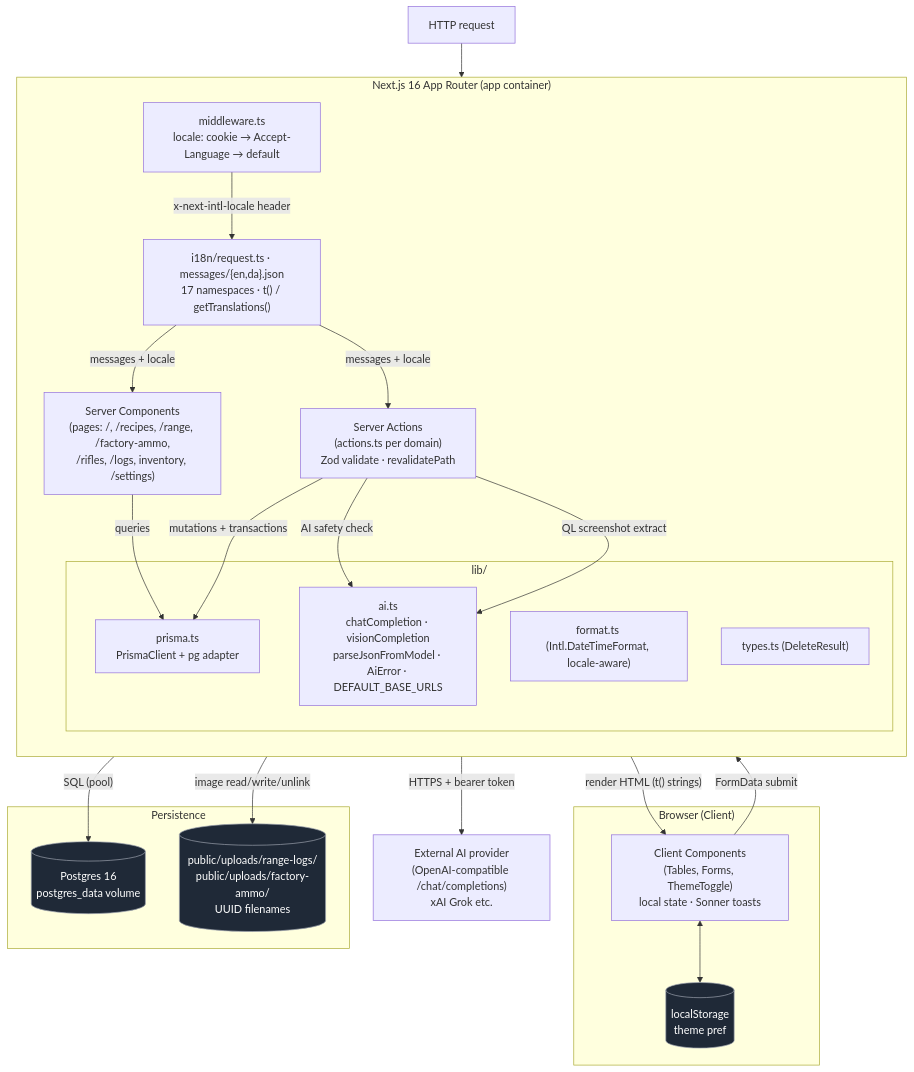
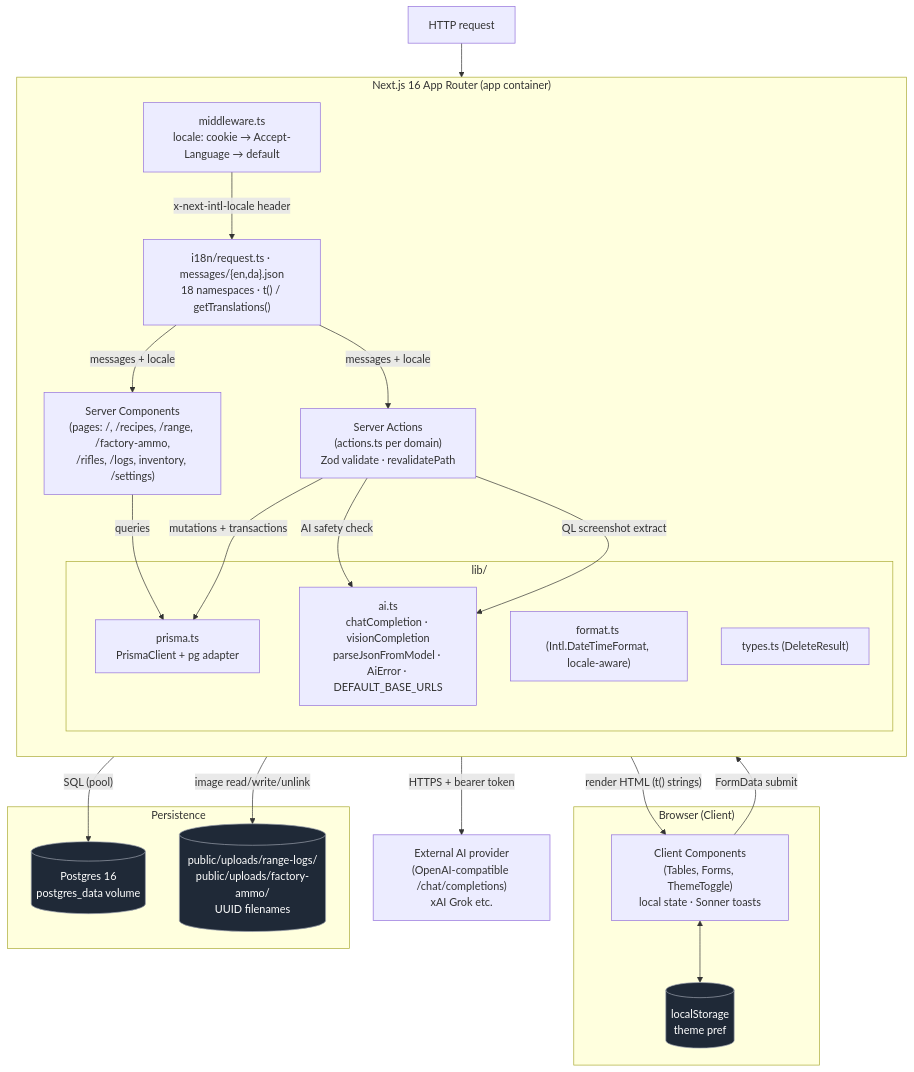
Before and after one commit to KennethEgholm/reloading: the first of 4 diagrams in docs/architecture.md, drawn with Mermaid. The commit also changed other lines of this file and 25 other files, not shown here.

````diff
--- a/docs/architecture.md
+++ b/docs/architecture.md
@@ -7,47 +7,47 @@
 ```mermaid
 graph TB
     subgraph Browser["Browser (Client)"]
         UI["Client Components<br/>(Tables, Forms, ThemeToggle)<br/>local state · Sonner toasts"]
         LS[("localStorage<br/>theme pref")]
     end
 
     subgraph Next["Next.js 16 App Router (app container)"]
         direction TB
         MW["middleware.ts<br/>locale: cookie → Accept-Language → default"]
-        I18N["i18n/request.ts · messages/{en,da}.json<br/>17 namespaces · t() / getTranslations()"]
+         I18N["i18n/request.ts · messages/{en,da}.json<br/>18 namespaces · t() / getTranslations()"]
         SC["Server Components<br/>(pages: /, /recipes, /range, /factory-ammo,<br/>/rifles, /logs, inventory, /settings)"]
         SA["Server Actions<br/>(actions.ts per domain)<br/>Zod validate · revalidatePath"]
 
         subgraph Lib["lib/"]
             PRISMA["prisma.ts<br/>PrismaClient + pg adapter"]
             AI["ai.ts<br/>chatCompletion · visionCompletion<br/>parseJsonFromModel · AiError · DEFAULT_BASE_URLS"]
             FMT["format.ts (Intl.DateTimeFormat, locale-aware)"]
             TYP["types.ts (DeleteResult)"]
         end
     end
 
     subgraph Storage["Persistence"]
         PG[("Postgres 16<br/>postgres_data volume")]
         FILES[("public/uploads/range-logs/<br/>public/uploads/factory-ammo/<br/>UUID filenames")]
     end
 
     EXT["External AI provider<br/>(OpenAI-compatible /chat/completions)<br/>xAI Grok etc."]
 
     REQ["HTTP request"] --> MW
     MW -- "x-next-intl-locale header" --> I18N
     I18N -- "messages + locale" --> SC
     I18N -- "messages + locale" --> SA
     UI -- "FormData submit" --> SA
     SC -- "render HTML (t() strings)" --> UI
     UI <--> LS
     SC -- "queries" --> PRISMA
     SA -- "mutations + transactions" --> PRISMA
     SA -- "image read/write/unlink" --> FILES
     SA -- "AI safety check" --> AI
     SA -- "QL screenshot extract" --> AI
     AI -- "HTTPS + bearer token" --> EXT
     PRISMA -- "SQL (pool)" --> PG
 
     classDef store fill:#1f2937,stroke:#9ca3af,color:#fff;
     class PG,FILES,LS store;
 ```
````
